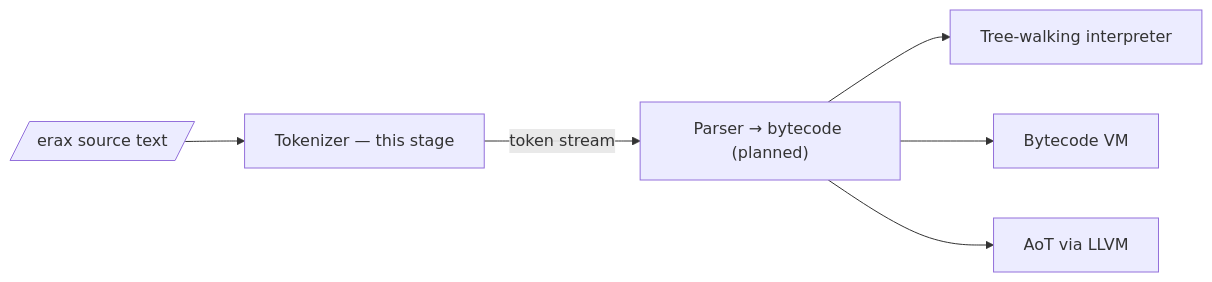
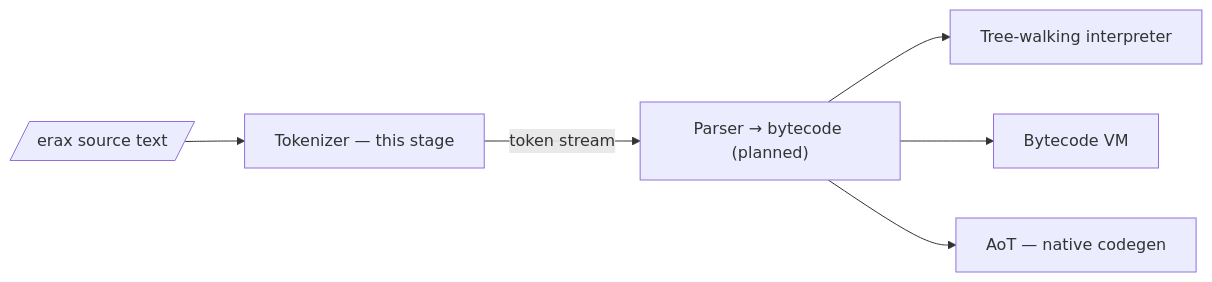
One commit to Fromant/eraxc2 changed the first of 3 diagrams in docs/frontend/tokenizer.md. Above: the diagram before and after it, drawn with Mermaid. The commit also changed other lines of this file and 4 other files, not shown here.

````diff
--- a/docs/frontend/tokenizer.md
+++ b/docs/frontend/tokenizer.md
@@ -5,15 +5,15 @@
 ```mermaid
 flowchart LR
     src[/"erax source text"/]
     tok["Tokenizer — this stage"]
     par["Parser → bytecode (planned)"]
     i["Tree-walking interpreter"]
     v["Bytecode VM"]
-    a["AoT via LLVM"]
+    a["AoT — native codegen"]
 
     src --> tok
     tok -->|"token stream"| par
     par --> i
     par --> v
     par --> a
 ```
````
